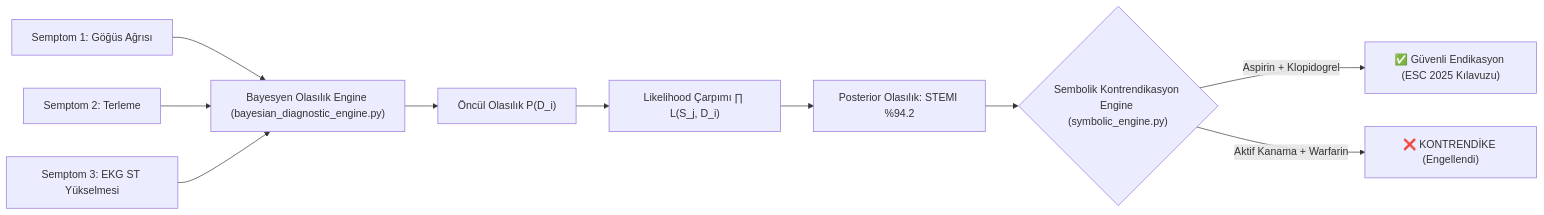
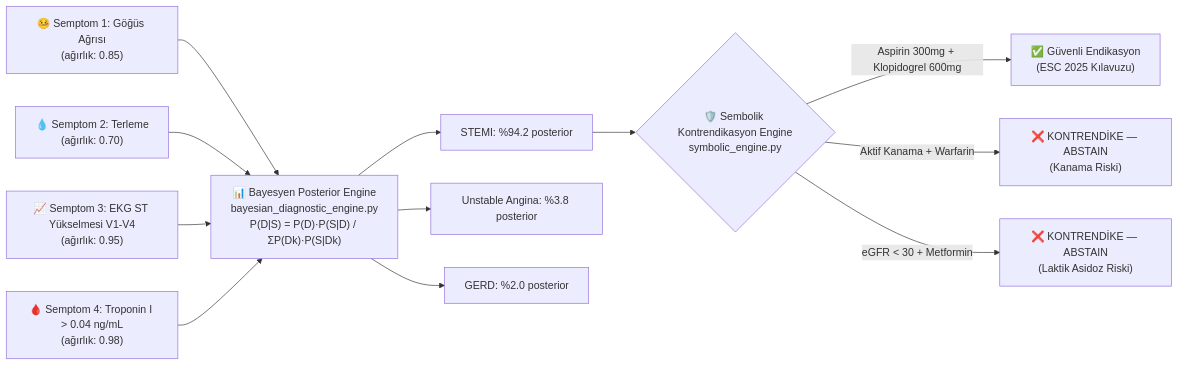
The sixth of 7 diagrams in WHITEPAPER.md (sakipfikrret/OmniEngine), drawn with Mermaid before and after one commit. The commit also changed other lines of this file, not shown here.

````diff
--- a/WHITEPAPER.md
+++ b/WHITEPAPER.md
@@ -159,14 +298,18 @@
 ```mermaid
 graph LR
-    S1["Semptom 1: Göğüs Ağrısı"] --> BayEngine["Bayesyen Olasılık Engine (bayesian_diagnostic_engine.py)"]
-    S2["Semptom 2: Terleme"] --> BayEngine
-    S3["Semptom 3: EKG ST Yükselmesi"] --> BayEngine
-    
-    BayEngine --> Prior["Öncül Olasılık P(D_i)"]
-    Prior --> Likelihood["Likelihood Çarpımı ∏ L(S_j, D_i)"]
-    Likelihood --> Posterior["Posterior Olasılık: STEMI %94.2"]
-    
-    Posterior --> SymCheck{"Sembolik Kontrendikasyon Engine (symbolic_engine.py)"}
-    SymCheck -->|Aspirin + Klopidogrel| Safe["✅ Güvenli Endikasyon (ESC 2025 Kılavuzu)"]
-    SymCheck -->|Aktif Kanama + Warfarin| Block["❌ KONTRENDİKE (Engellendi)"]
+    S1["🤒 Semptom 1: Göğüs Ağrısı\n(ağırlık: 0.85)"] --> BayEngine
+    S2["💧 Semptom 2: Terleme\n(ağırlık: 0.70)"] --> BayEngine
+    S3["📈 Semptom 3: EKG ST Yükselmesi V1-V4\n(ağırlık: 0.95)"] --> BayEngine
+    S4["🩸 Semptom 4: Troponin I > 0.04 ng/mL\n(ağırlık: 0.98)"] --> BayEngine
+
+    BayEngine["📊 Bayesyen Posterior Engine\nbayesian_diagnostic_engine.py\nP(D|S) = P(D)·P(S|D) / ΣP(Dk)·P(S|Dk)"]
+
+    BayEngine --> STEMI["STEMI: %94.2 posterior"]
+    BayEngine --> UA["Unstable Angina: %3.8 posterior"]
+    BayEngine --> GERD["GERD: %2.0 posterior"]
+
+    STEMI --> SymCheck{"🛡️ Sembolik Kontrendikasyon Engine\nsymbolic_engine.py"}
+    SymCheck -->|"Aspirin 300mg + Klopidogrel 600mg"| Safe["✅ Güvenli Endikasyon\n(ESC 2025 Kılavuzu)"]
+    SymCheck -->|"Aktif Kanama + Warfarin"| Block["❌ KONTRENDİKE — ABSTAIN\n(Kanama Riski)"]
+    SymCheck -->|"eGFR < 30 + Metformin"| Block2["❌ KONTRENDİKE — ABSTAIN\n(Laktik Asidoz Riski)"]
 ```
````
